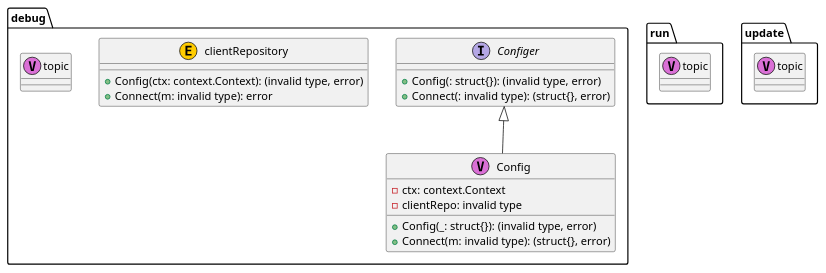
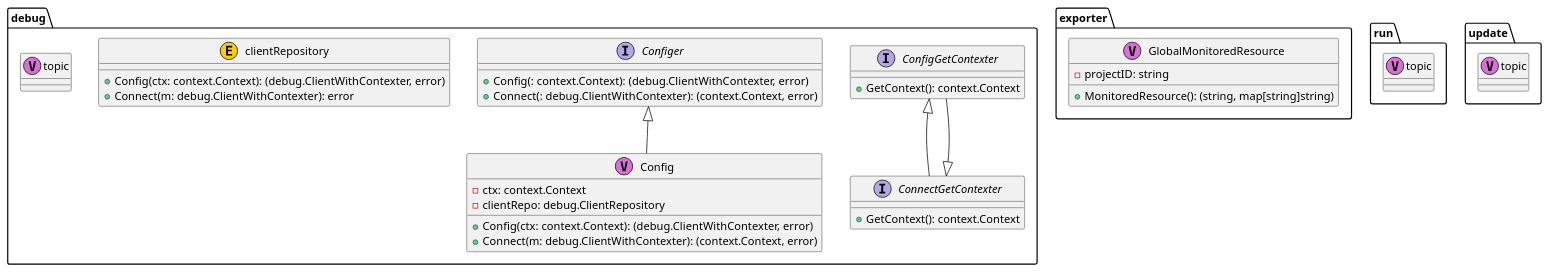
The diagram in application/application.puml (michilu/boilerplate), drawn with PlantUML before and after one commit. The commit also changed 42 other files, not shown here.

```diff
--- a/application/application.puml
+++ b/application/application.puml
@@ -1,53 +1,80 @@
 @startuml
 
 package "debug" {
 	class "Config" as debug.Config <<V,Orchid>> {
 		-ctx: context.Context
-		-clientRepo: invalid type
-		+Config(_: struct{}): (invalid type, error)
-		+Connect(m: invalid type): (struct{}, error)
+		-clientRepo: debug.ClientRepository
+		+Config(ctx: context.Context): (debug.ClientWithContexter, error)
+		+Connect(m: debug.ClientWithContexter): (context.Context, error)
+	}
+}
+
+
+
+package "debug" {
+	interface "ConfigGetContexter" as debug.ConfigGetContexter {
+		+GetContext(): context.Context
 	}
 }
 
 
 
 package "debug" {
 	interface "Configer" as debug.Configer {
-		+Config(: struct{}): (invalid type, error)
-		+Connect(: invalid type): (struct{}, error)
+		+Config(: context.Context): (debug.ClientWithContexter, error)
+		+Connect(: debug.ClientWithContexter): (context.Context, error)
+	}
+}
+
+
+
+package "debug" {
+	interface "ConnectGetContexter" as debug.ConnectGetContexter {
+		+GetContext(): context.Context
 	}
 }
 
 
 
 package "debug" {
 	class "clientRepository" as debug.clientRepository <<E,#FFCC00>> {
-		+Config(ctx: context.Context): (invalid type, error)
-		+Connect(m: invalid type): error
+		+Config(ctx: context.Context): (debug.ClientWithContexter, error)
+		+Connect(m: debug.ClientWithContexter): error
 	}
 }
 
 
 
 package "debug" {
 	class "topic" as debug.topic <<V,Orchid>>
+}
+
+
+
+package "exporter" {
+	class "GlobalMonitoredResource" as exporter.GlobalMonitoredResource <<V,Orchid>> {
+		-projectID: string
+		+MonitoredResource(): (string, map[string]string)
+	}
 }
 
 
 
 package "run" {
 	class "topic" as run.topic <<V,Orchid>>
 }
 
 
 
 package "update" {
 	class "topic" as update.topic <<V,Orchid>>
 }
 
 
 
 	debug.Config -up-|> debug.Configer
+	debug.ConfigGetContexter -up-|> debug.ConnectGetContexter
+	debug.ConnectGetContexter -up-|> debug.ConfigGetContexter
 
 
 @enduml
```
